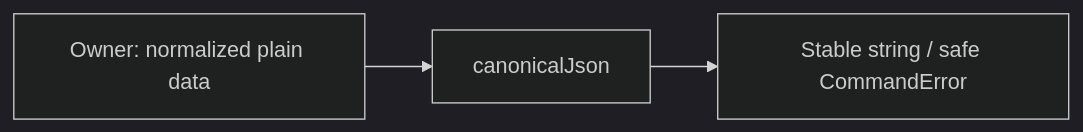
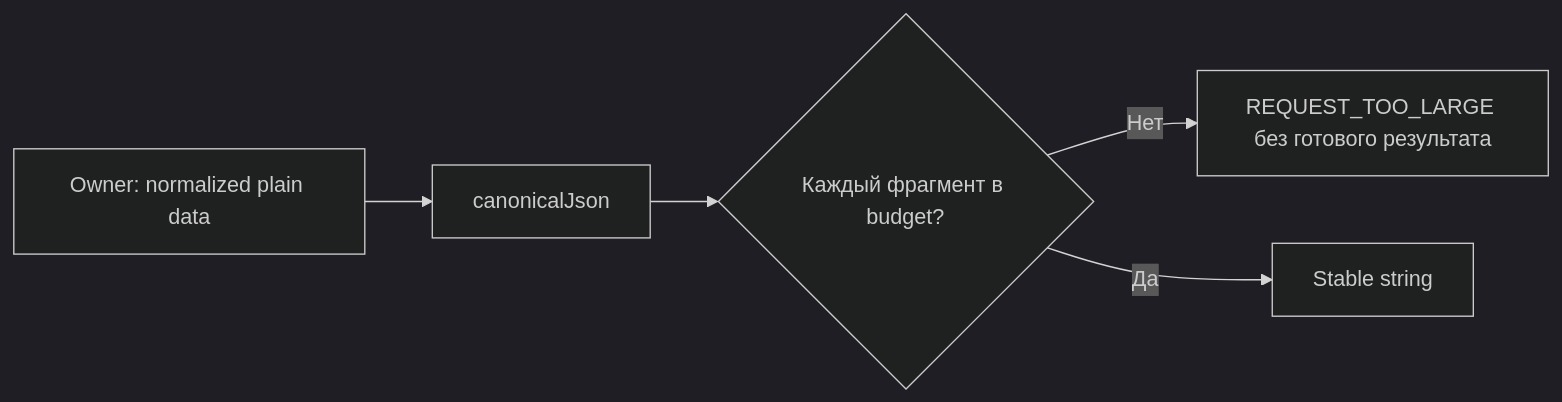
Before and after one commit to alekseishmidko/warehouse-control: the diagram in apps/backend/src/shared/serialization/README.md, drawn with Mermaid (dark theme). The commit also changed other lines of this file and 44 other files, not shown here.

````diff
--- a/apps/backend/src/shared/serialization/README.md
+++ b/apps/backend/src/shared/serialization/README.md
@@ -18,5 +19,7 @@
 ```mermaid
 flowchart LR
   Owner[Owner: normalized plain data] --> JSON[canonicalJson]
-  JSON --> Output[Stable string / safe CommandError]
+  JSON --> Budget{Каждый фрагмент в budget?}
+  Budget -->|Нет| Error[REQUEST_TOO_LARGE без готового результата]
+  Budget -->|Да| Output[Stable string]
 ```
````
